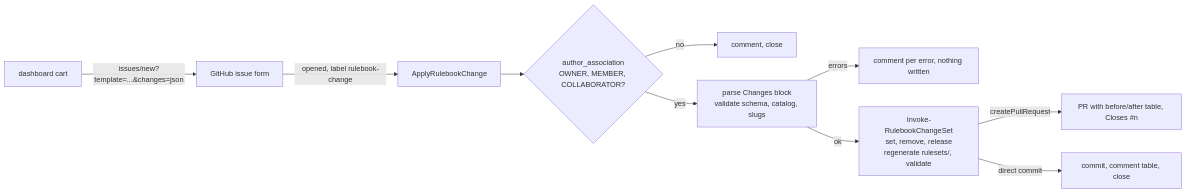
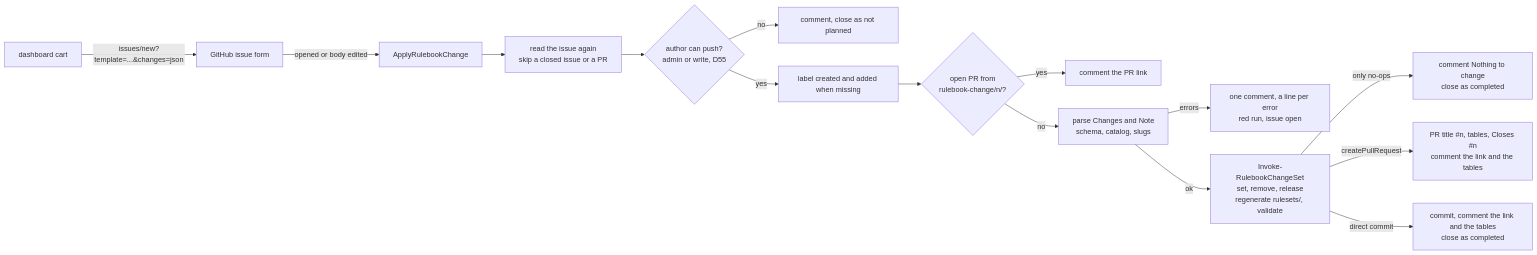
One commit to ALCops/rulebook-engine changed the sixth of 6 diagrams in docs/ARCHITECTURE.md. Above: the diagram before and after it, drawn with Mermaid. The commit also changed other lines of this file and 5 other files, not shown here.

First line of the commit message:
Docs: the issue path of WP15, ApplyChangeSet and the apply workflow

````diff
--- a/docs/ARCHITECTURE.md
+++ b/docs/ARCHITECTURE.md
@@ -505,12 +505,17 @@
 ```mermaid
 flowchart LR
     cart[dashboard cart] -->|issues/new?template=...&changes=json| form[GitHub issue form]
-    form -->|opened, label rulebook-change| wf[ApplyRulebookChange]
-    wf --> gate{author_association<br/>OWNER, MEMBER, COLLABORATOR?}
-    gate -->|no| close[comment, close]
-    gate -->|yes| parse[parse Changes block<br/>validate schema, catalog, slugs]
-    parse -->|errors| cmt[comment per error, nothing written]
+    form -->|opened or body edited| wf[ApplyRulebookChange]
+    wf --> read[read the issue again<br/>skip a closed issue or a PR]
+    read --> gate{author can push?<br/>admin or write, D55}
+    gate -->|no| close[comment, close as not planned]
+    gate -->|yes| label[label created and added when missing]
+    label --> dup{open PR from<br/>rulebook-change/n/?}
+    dup -->|yes| exists[comment the PR link]
+    dup -->|no| parse[parse Changes and Note<br/>schema, catalog, slugs]
+    parse -->|errors| cmt[one comment, a line per error<br/>red run, issue open]
     parse -->|ok| apply[Invoke-RulebookChangeSet<br/>set, remove, release<br/>regenerate rulesets/, validate]
-    apply -->|createPullRequest| pr[PR with before/after table, Closes #n]
-    apply -->|direct commit| commit[commit, comment table, close]
+    apply -->|only no-ops| noop[comment Nothing to change<br/>close as completed]
+    apply -->|createPullRequest| pr[PR title #n, tables, Closes #n<br/>comment the link and the tables]
+    apply -->|direct commit| commit[commit, comment the link and the tables<br/>close as completed]
 ```
````
